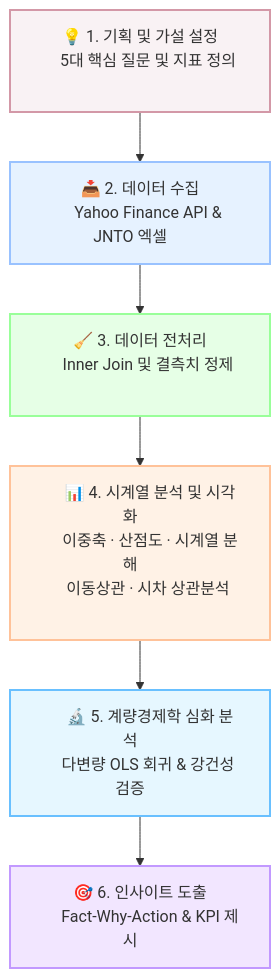
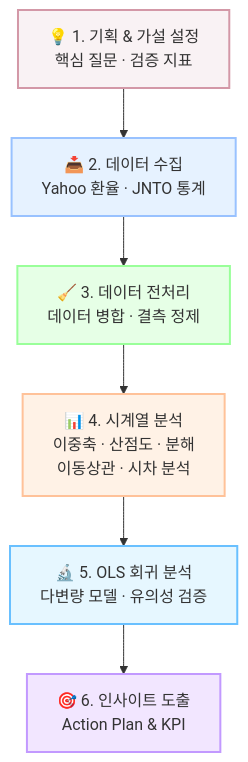
Before and after one commit to mustiolla/japan-travel-analysis: the diagram in README.md, drawn with Mermaid. The commit also changed 1 other file, not shown here.

Commit message:
fix: Mermaid 흐름도 텍스트 줄바꿈 및 글자수 최적화 (한글 잘림 방지)

````diff
--- a/README.md
+++ b/README.md
@@ -14,15 +14,15 @@
 ```mermaid
 flowchart TD
-    A["&nbsp;&nbsp;&nbsp;&nbsp; 💡 1. 기획 및 가설 설정 &nbsp;&nbsp;&nbsp;&nbsp;<br>&nbsp;&nbsp;&nbsp;&nbsp; 5대 핵심 질문 및 지표 정의 &nbsp;&nbsp;&nbsp;&nbsp;"] --> B["&nbsp;&nbsp;&nbsp;&nbsp; 📥 2. 데이터 수집 &nbsp;&nbsp;&nbsp;&nbsp;<br>&nbsp;&nbsp;&nbsp;&nbsp; Yahoo Finance API & JNTO 엑셀 &nbsp;&nbsp;&nbsp;&nbsp;"]
-    B --> C["&nbsp;&nbsp;&nbsp;&nbsp; 🧹 3. 데이터 전처리 &nbsp;&nbsp;&nbsp;&nbsp;<br>&nbsp;&nbsp;&nbsp;&nbsp; Inner Join 및 결측치 정제 &nbsp;&nbsp;&nbsp;&nbsp;"]
-    C --> D["&nbsp;&nbsp;&nbsp;&nbsp; 📊 4. 시계열 분석 및 시각화 &nbsp;&nbsp;&nbsp;&nbsp;<br>&nbsp;&nbsp;&nbsp;&nbsp; 이중축 · 산점도 · 시계열 분해 &nbsp;&nbsp;&nbsp;&nbsp;<br>&nbsp;&nbsp;&nbsp;&nbsp; 이동상관 · 시차 상관분석 &nbsp;&nbsp;&nbsp;&nbsp;"]
-    D --> E["&nbsp;&nbsp;&nbsp;&nbsp; 🔬 5. 계량경제학 심화 분석 &nbsp;&nbsp;&nbsp;&nbsp;<br>&nbsp;&nbsp;&nbsp;&nbsp; 다변량 OLS 회귀 & 강건성 검증 &nbsp;&nbsp;&nbsp;&nbsp;"]
-    E --> F["&nbsp;&nbsp;&nbsp;&nbsp; 🎯 6. 인사이트 도출 &nbsp;&nbsp;&nbsp;&nbsp;<br>&nbsp;&nbsp;&nbsp;&nbsp; Fact-Why-Action & KPI 제시 &nbsp;&nbsp;&nbsp;&nbsp;"]
+    A["💡 1. 기획 & 가설 설정<br>핵심 질문 · 검증 지표"] --> B["📥 2. 데이터 수집<br>Yahoo 환율 · JNTO 통계"]
+    B --> C["🧹 3. 데이터 전처리<br>데이터 병합 · 결측 정제"]
+    C --> D["📊 4. 시계열 분석<br>이중축 · 산점도 · 분해<br>이동상관 · 시차 분석"]
+    D --> E["🔬 5. OLS 회귀 분석<br>다변량 모델 · 유의성 검증"]
+    E --> F["🎯 6. 인사이트 도출<br>Action Plan & KPI"]
 
     style A fill:#f9f2f4,stroke:#d398a7,stroke-width:2px
     style B fill:#e6f2ff,stroke:#99c2ff,stroke-width:2px
     style C fill:#e6ffe6,stroke:#99ff99,stroke-width:2px
     style D fill:#fff2e6,stroke:#ffc299,stroke-width:2px
     style E fill:#e6f7ff,stroke:#69c0ff,stroke-width:2px
     style F fill:#f2e6ff,stroke:#c299ff,stroke-width:2px
 ```
````
